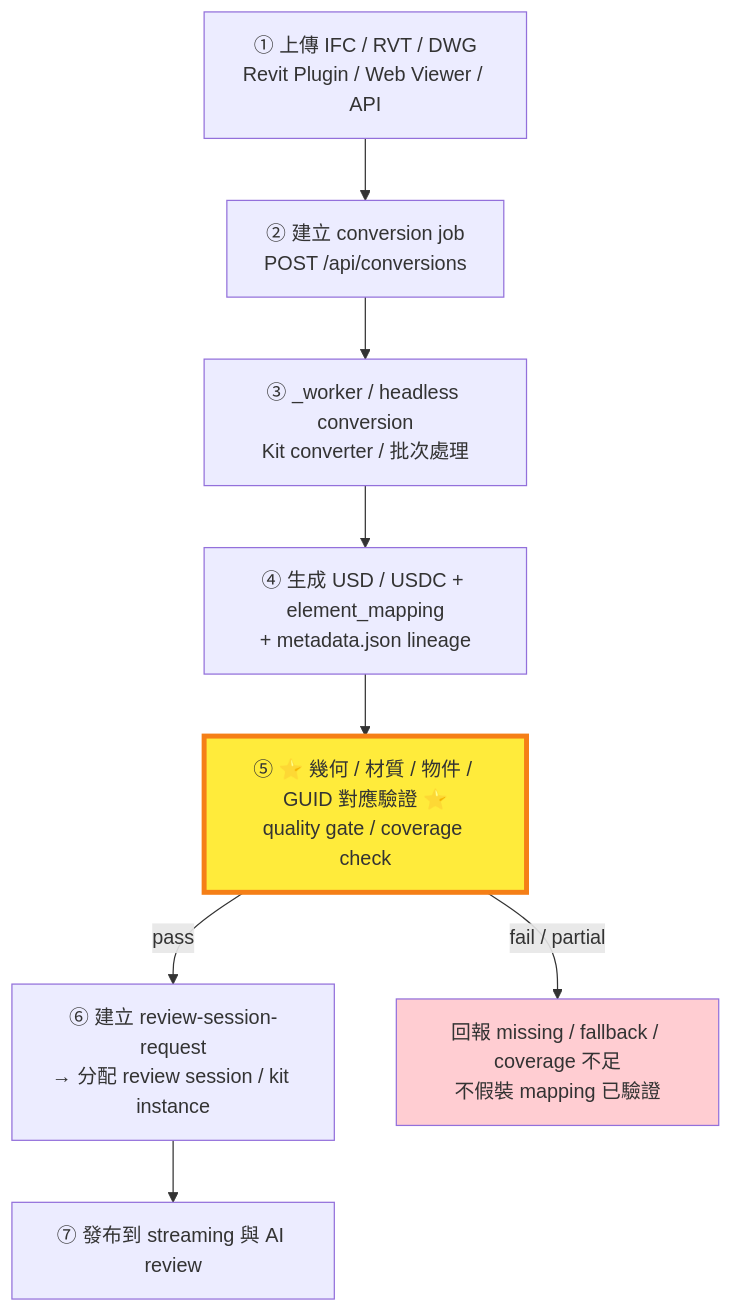
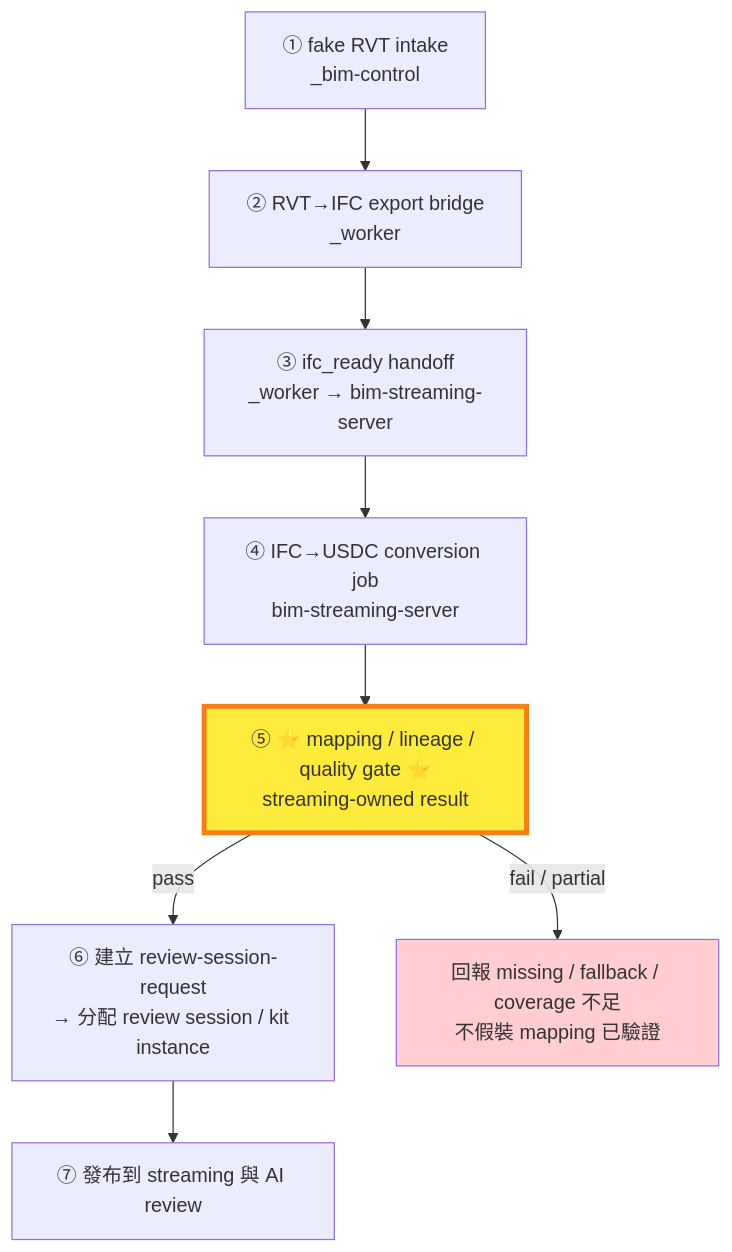
Before and after one commit to monkey1sai/AI-BIM-governance: the third of 7 diagrams in docs/PROJECT_DEVELOPMENT_WORKFLOW.md, drawn with Mermaid. The commit also changed other lines of this file and 34 other files, not shown here.

Commit message:
feat: apply architecture rework B-scheme

````diff
--- a/docs/PROJECT_DEVELOPMENT_WORKFLOW.md
+++ b/docs/PROJECT_DEVELOPMENT_WORKFLOW.md
@@ -313,17 +330,17 @@
 ```mermaid
 flowchart TB
-    S1["① 上傳 IFC / RVT / DWG<br/>Revit Plugin / Web Viewer / API"]
-    S2["② 建立 conversion job<br/>POST /api/conversions"]
-    S3["③ _worker / headless conversion<br/>Kit converter / 批次處理"]
-    S4["④ 生成 USD / USDC + element_mapping<br/>+ metadata.json lineage"]
-    S5["⑤ ⭐ 幾何 / 材質 / 物件 / GUID 對應驗證 ⭐<br/>quality gate / coverage check"]
+    S1["① fake RVT intake<br/>_bim-control"]
+    S2["② RVT→IFC export bridge<br/>_worker"]
+    S3["③ ifc_ready handoff<br/>_worker → bim-streaming-server"]
+    S4["④ IFC→USDC conversion job<br/>bim-streaming-server"]
+    S5["⑤ ⭐ mapping / lineage / quality gate ⭐<br/>streaming-owned result"]
     S6["⑥ 建立 review-session-request<br/>→ 分配 review session / kit instance"]
     S7["⑦ 發布到 streaming 與 AI review"]
 
     S1 --> S2 --> S3 --> S4 --> S5
     S5 -->|pass| S6 --> S7
     S5 -->|fail / partial| FAIL["回報 missing / fallback / coverage 不足<br/>不假裝 mapping 已驗證"]
 
     style S5 fill:#ffeb3b,stroke:#f57f17,stroke-width:4px
     style FAIL fill:#ffcdd2
 ```
````
